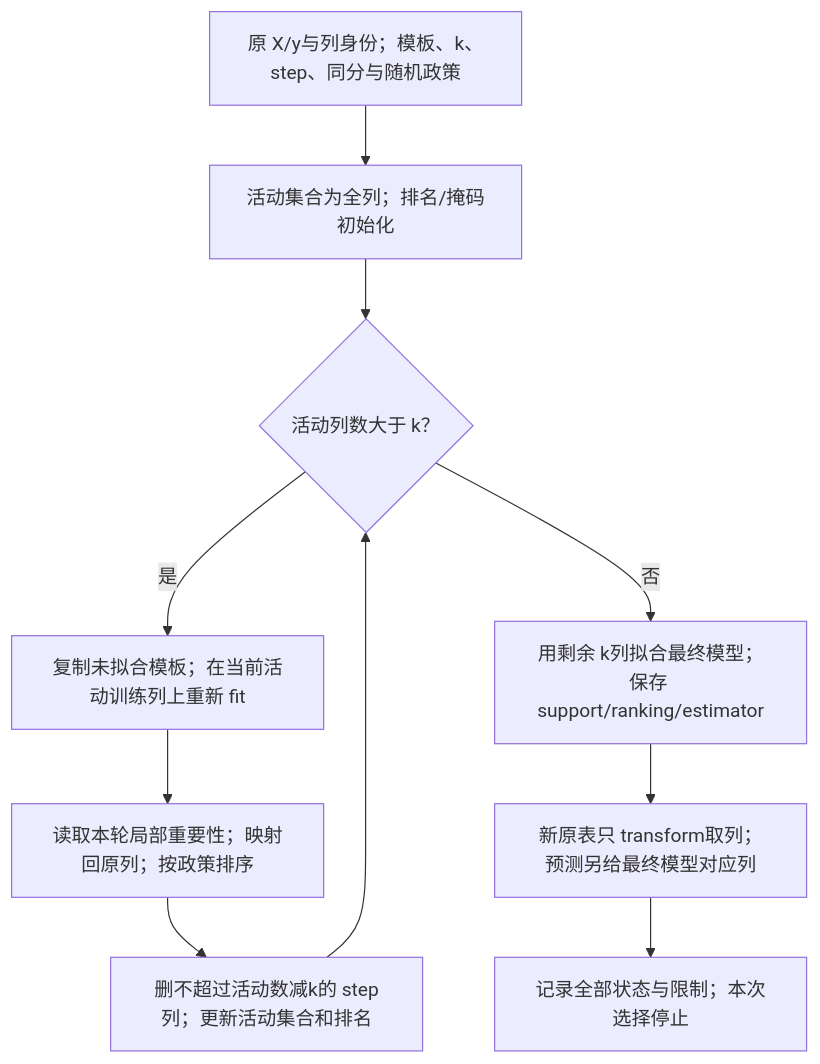
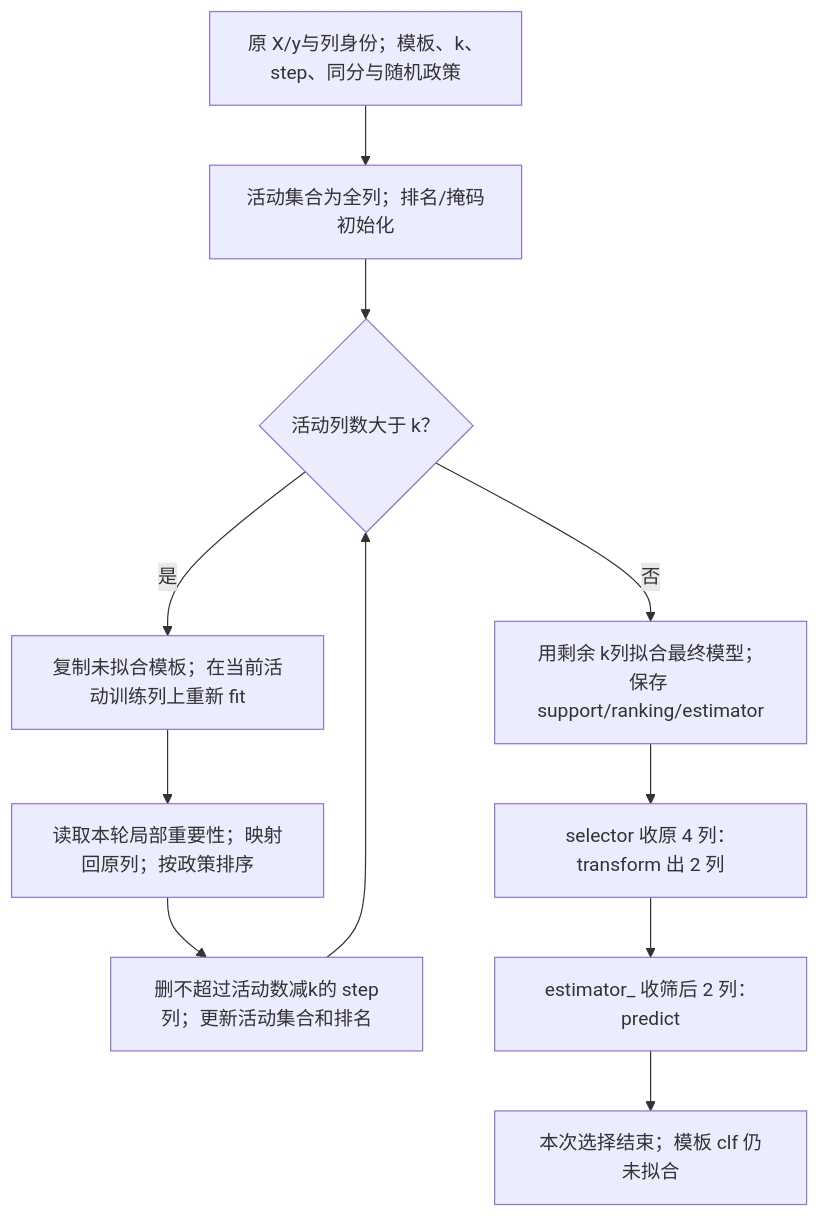
The sixth of 9 diagrams in IS6400_Business_Data_Analytics/notes/T04-特征选择与PCA实战-Iris.md (CercaTrovato/cityu-ai-course-notes), drawn with Mermaid before and after one commit. The commit also changed other lines of this file and 224 other files, not shown here.

First line of the commit message:
完善五门课图文可读性并更新仓库首页

````diff
--- a/IS6400_Business_Data_Analytics/notes/T04-特征选择与PCA实战-Iris.md
+++ b/IS6400_Business_Data_Analytics/notes/T04-特征选择与PCA实战-Iris.md
@@ -791,12 +926,13 @@
 ```mermaid
 flowchart TD
     RF0["原 X/y与列身份；模板、k、step、同分与随机政策"] --> RF1["活动集合为全列；排名/掩码初始化"]
     RF1 --> RF2{"活动列数大于 k？"}
     RF2 -->|是| RF3["复制未拟合模板；在当前活动训练列上重新 fit"]
     RF3 --> RF4["读取本轮局部重要性；映射回原列；按政策排序"]
     RF4 --> RF5["删不超过活动数减k的 step列；更新活动集合和排名"]
     RF5 --> RF2
     RF2 -->|否| RF6["用剩余 k列拟合最终模型；保存 support/ranking/estimator"]
-    RF6 --> RF7["新原表只 transform取列；预测另给最终模型对应列"]
-    RF7 --> RF8["记录全部状态与限制；本次选择停止"]
+    RF6 --> RF7["selector 收原 4 列：transform 出 2 列"]
+    RF7 --> RFP["estimator_ 收筛后 2 列：predict"]
+    RFP --> RF8["本次选择结束；模板 clf 仍未拟合"]
 ```
````
